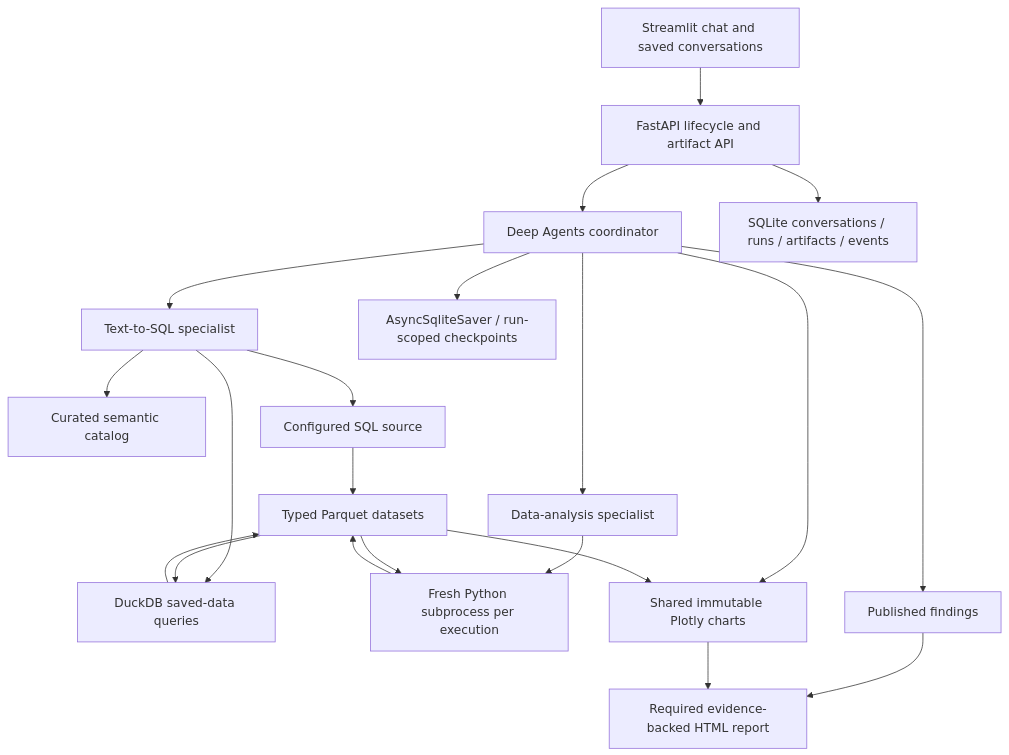
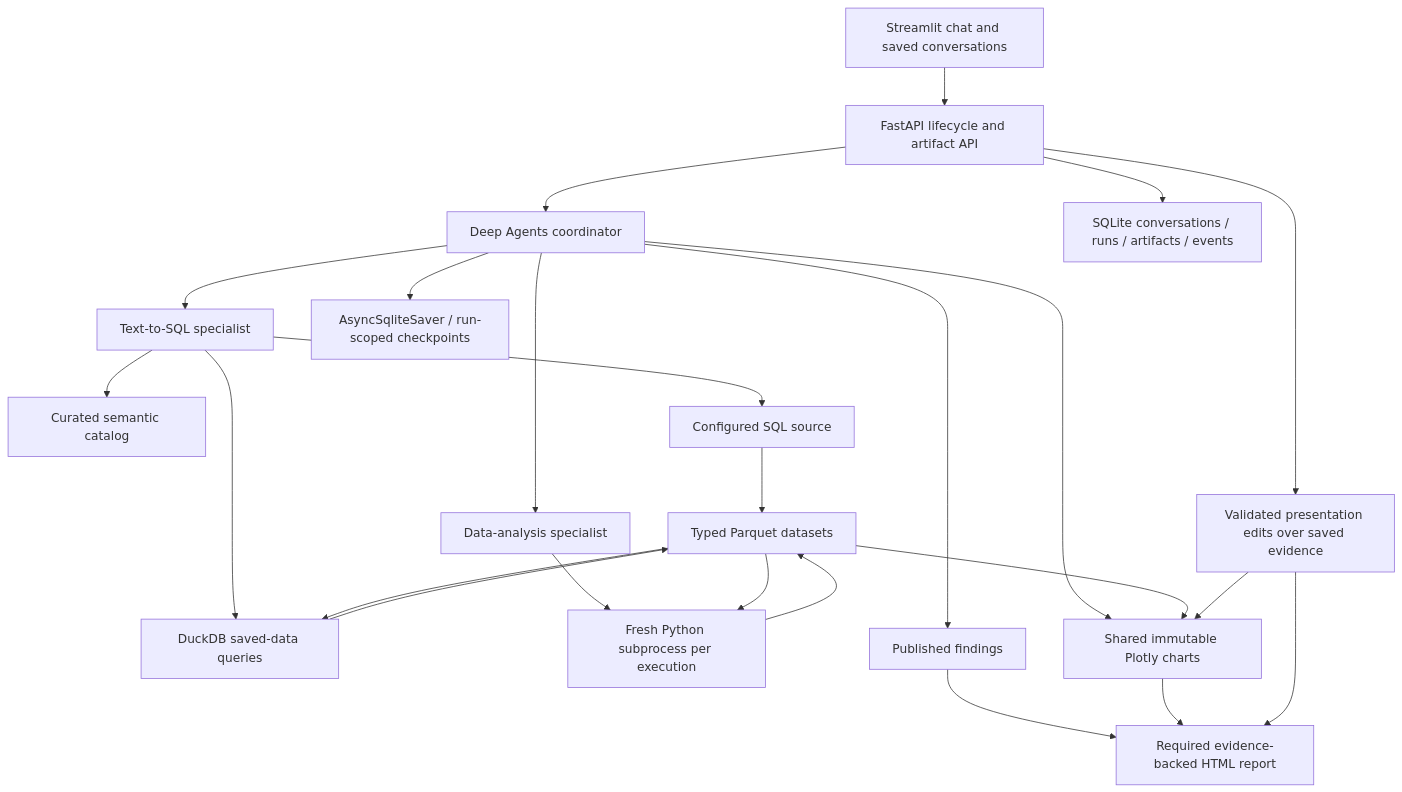
The diagram in data-analytics-agent/doc/development/architecture.md (lizequnwz/deepagents-agents), drawn with Mermaid before and after one commit. The commit also changed other lines of this file and 48 other files, not shown here.

First line of the commit message:
Add simplification and ablation recommendations, enhance presentation edits tests, and implement comprehensive upload tests

````diff
--- a/data-analytics-agent/doc/development/architecture.md
+++ b/data-analytics-agent/doc/development/architecture.md
@@ -3,23 +3,26 @@
 ```mermaid
 flowchart TD
     UI[Streamlit chat and saved conversations] --> API[FastAPI lifecycle and artifact API]
     API --> C[Deep Agents coordinator]
+    API --> Edit[Validated presentation edits over saved evidence]
     C --> S[Text-to-SQL specialist]
     C --> P[Data-analysis specialist]
     S --> OSI[Curated semantic catalog]
     S --> Source[Configured SQL source]
     S --> Duck[DuckDB saved-data queries]
     P --> Py[Fresh Python subprocess per execution]
     Source --> D[Typed Parquet datasets]
     Duck --> D
     D --> Duck
     D --> Py
     Py --> D
     C --> Chart[Shared immutable Plotly charts]
     D --> Chart
     C --> Findings[Published findings]
     Findings --> Report[Required evidence-backed HTML report]
     Chart --> Report
+    Edit --> Chart
+    Edit --> Report
     API --> Metadata[SQLite conversations / runs / artifacts / events]
     C --> Checkpoints[AsyncSqliteSaver / run-scoped checkpoints]
 ```
````
